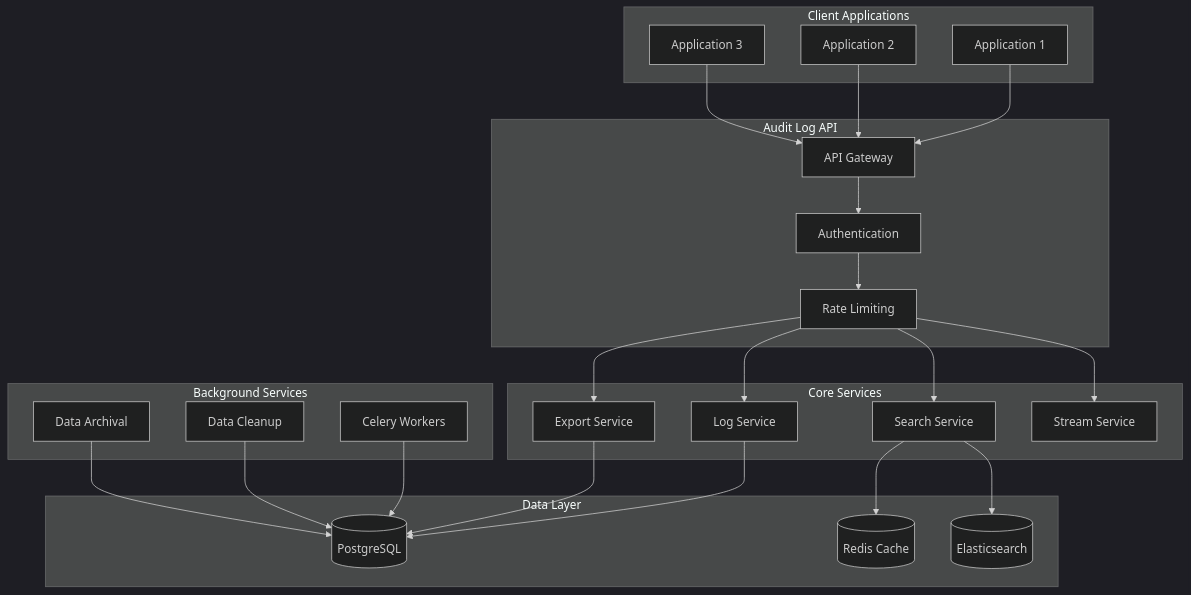
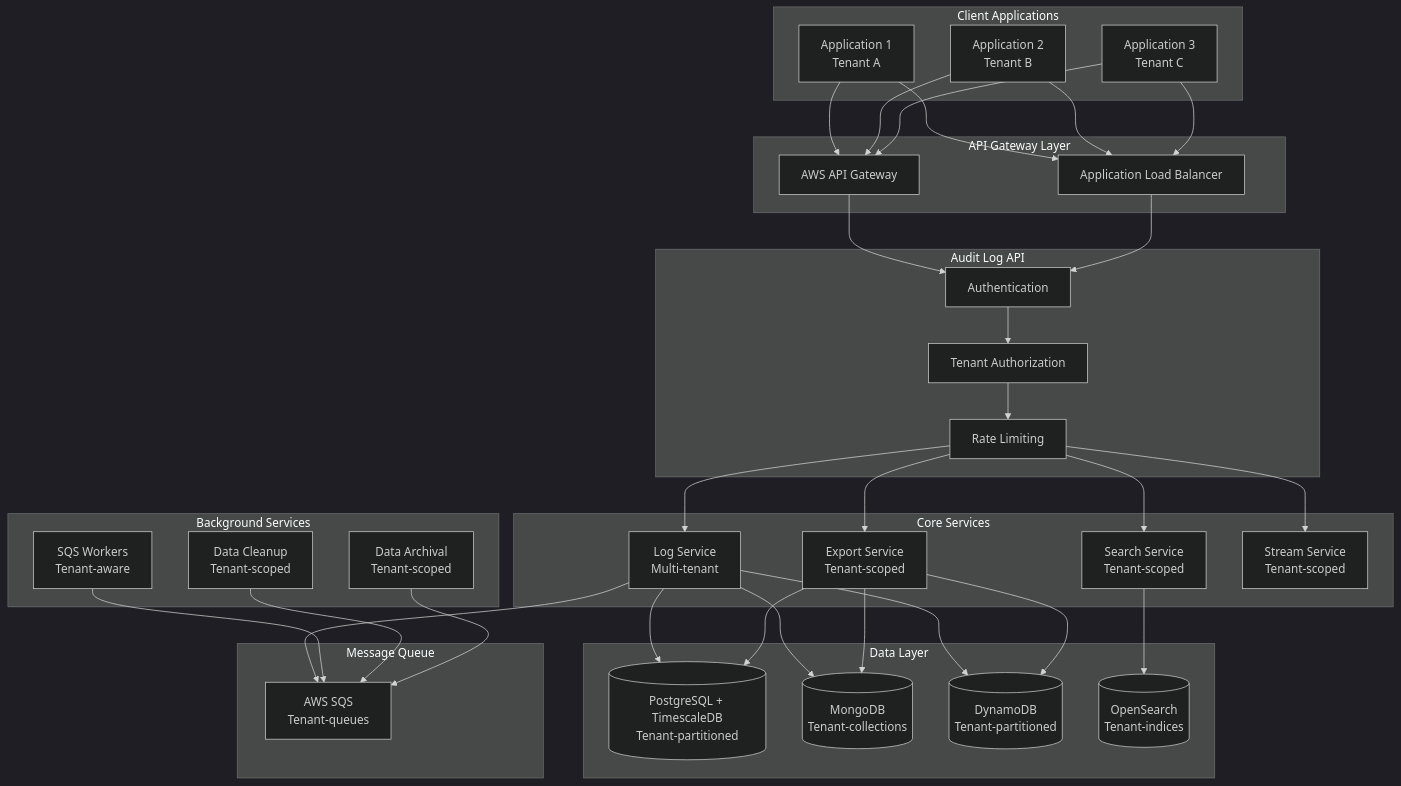
One commit to resola-ai/challenges changed the first of 2 diagrams in ocelot/README.md. Above: the diagram before and after it, drawn with Mermaid (dark theme). The commit also changed other lines of this file, not shown here.

Commit message:
Update README.md to incorporate multi-tenancy features, including tenant ID support, tenant isolation, and tenant-based access control. Enhance API design and database schema sections to reflect these changes, ensuring comprehensive documentation for the audit logging system.

````diff
--- a/ocelot/README.md
+++ b/ocelot/README.md
@@ -86,53 +105,72 @@
 ```mermaid
 graph TB
     subgraph "Client Applications"
-        App1[Application 1]
-        App2[Application 2]
-        App3[Application 3]
+        App1[Application 1<br/>Tenant A]
+        App2[Application 2<br/>Tenant B]
+        App3[Application 3<br/>Tenant C]
+    end
+    
+    subgraph "API Gateway Layer"
+        APIGateway[AWS API Gateway]
+        ALB[Application Load Balancer]
     end
     
     subgraph "Audit Log API"
-        API[API Gateway]
         Auth[Authentication]
+        TenantAuth[Tenant Authorization]
         RateLimit[Rate Limiting]
     end
     
     subgraph "Core Services"
-        LogService[Log Service]
-        SearchService[Search Service]
-        ExportService[Export Service]
-        StreamService[Stream Service]
+        LogService[Log Service<br/>Multi-tenant]
+        SearchService[Search Service<br/>Tenant-scoped]
+        ExportService[Export Service<br/>Tenant-scoped]
+        StreamService[Stream Service<br/>Tenant-scoped]
     end
     
     subgraph "Data Layer"
-        PostgreSQL[(PostgreSQL)]
-        Redis[(Redis Cache)]
-        Elasticsearch[(Elasticsearch)]
+        PostgreSQL[(PostgreSQL + TimescaleDB<br/>Tenant-partitioned)]
+        MongoDB[(MongoDB<br/>Tenant-collections)]
+        DynamoDB[(DynamoDB<br/>Tenant-partitioned)]
+        OpenSearch[(OpenSearch<br/>Tenant-indices)]
+    end
+    
+    subgraph "Message Queue"
+        SQS[AWS SQS<br/>Tenant-queues]
     end
     
     subgraph "Background Services"
-        Celery[Celery Workers]
-        Cleanup[Data Cleanup]
-        Archive[Data Archival]
+        Workers[SQS Workers<br/>Tenant-aware]
+        Cleanup[Data Cleanup<br/>Tenant-scoped]
+        Archive[Data Archival<br/>Tenant-scoped]
     end
     
-    App1 --> API
-    App2 --> API
-    App3 --> API
+    App1 --> APIGateway
+    App1 --> ALB
+    App2 --> APIGateway
+    App2 --> ALB
+    App3 --> APIGateway
+    App3 --> ALB
     
-    API --> Auth
-    Auth --> RateLimit
+    APIGateway --> Auth
+    ALB --> Auth
+    Auth --> TenantAuth
+    TenantAuth --> RateLimit
     RateLimit --> LogService
     RateLimit --> SearchService
     RateLimit --> ExportService
     RateLimit --> StreamService
     
     LogService --> PostgreSQL
-    SearchService --> Elasticsearch
-    SearchService --> Redis
+    LogService --> MongoDB
+    LogService --> DynamoDB
+    SearchService --> OpenSearch
     ExportService --> PostgreSQL
+    ExportService --> MongoDB
+    ExportService --> DynamoDB
     
-    Celery --> PostgreSQL
-    Cleanup --> PostgreSQL
-    Archive --> PostgreSQL
+    LogService --> SQS
+    Workers --> SQS
+    Cleanup --> SQS
+    Archive --> SQS
 ```
````
